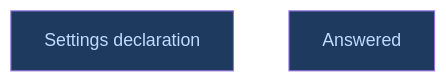
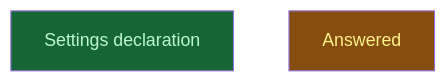
One commit to CrackingShells/Candler changed the diagram in __roadmap__/integrity/causes/checkpoint/snapshot/review/dogfood/parity/README.md. Above: the diagram before and after it, drawn with Mermaid. The commit also changed other lines of this file and 3 other files, not shown here.

Commit message:
rdm(api): close the declaration and open the answered level

````diff
--- a/__roadmap__/integrity/causes/checkpoint/snapshot/review/dogfood/parity/README.md
+++ b/__roadmap__/integrity/causes/checkpoint/snapshot/review/dogfood/parity/README.md
@@ -19,10 +19,10 @@
 ```mermaid
 graph TD
-    declaration[Settings declaration]:::amendment
-    answered[Answered]:::amendment
+    declaration[Settings declaration]:::done
+    answered[Answered]:::inprogress
     classDef done       fill:#166534,color:#bbf7d0
     classDef inprogress fill:#854d0e,color:#fef08a
     classDef planned    fill:#374151,color:#e5e7eb
     classDef amendment  fill:#1e3a5f,color:#bfdbfe
     classDef blocked    fill:#7f1d1d,color:#fecaca
 ```
````
